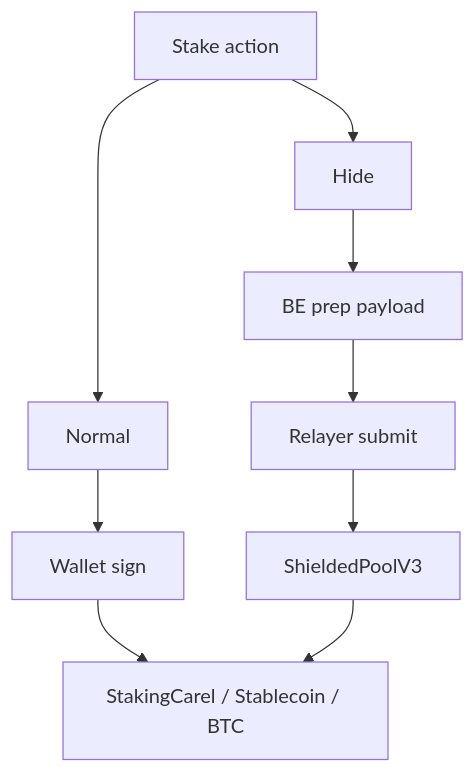
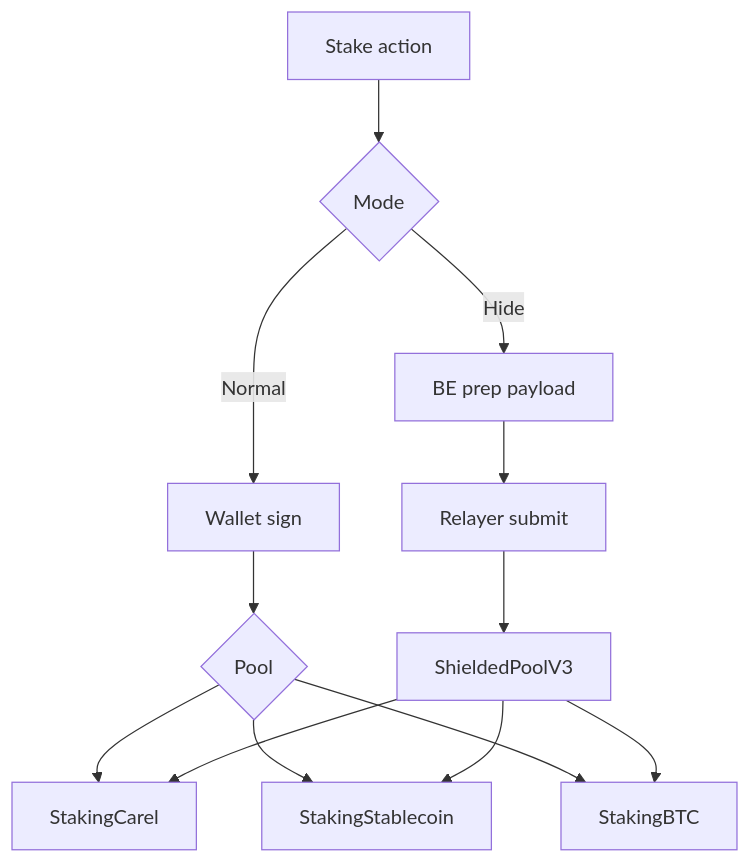
The fifth of 6 diagrams in README.md (ntfound-dev/zkcarel_protocol), drawn with Mermaid before and after one commit. The commit also changed other lines of this file and 1 other file, not shown here.

Commit message:
docs: clarify flow diagram contract naming

````diff
--- a/README.md
+++ b/README.md
@@ -200,12 +202,16 @@
 ```mermaid
 flowchart TD
-  A[Stake action] --> N1[Normal]
-  N1 --> N2[Wallet sign]
-  N2 --> STAKE[StakingCarel / Stablecoin / BTC]
+  A[Stake action] --> B{Mode}
+  B -->|Normal| N1[Wallet sign]
+  N1 --> P1{Pool}
+  P1 --> S1[StakingCarel]
+  P1 --> S2[StakingStablecoin]
+  P1 --> S3[StakingBTC]
 
-  A --> H1[Hide]
-  H1 --> H2[BE prep payload]
-  H2 --> H3[Relayer submit]
-  H3 --> H4[ShieldedPoolV3]
-  H4 --> STAKE
+  B -->|Hide| H1[BE prep payload]
+  H1 --> H2[Relayer submit]
+  H2 --> H3[ShieldedPoolV3]
+  H3 --> S1
+  H3 --> S2
+  H3 --> S3
 ```
````
